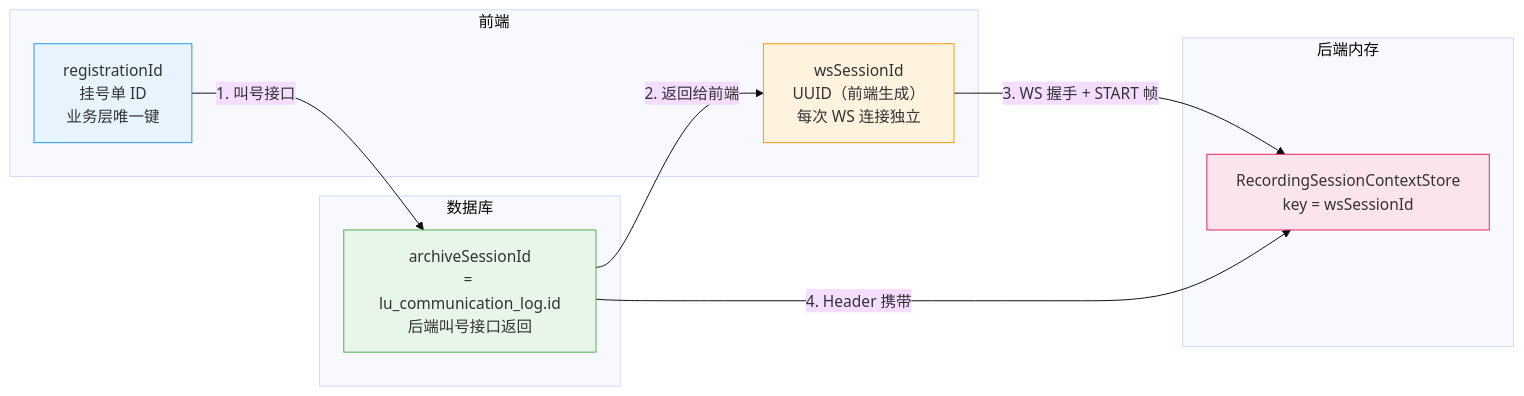
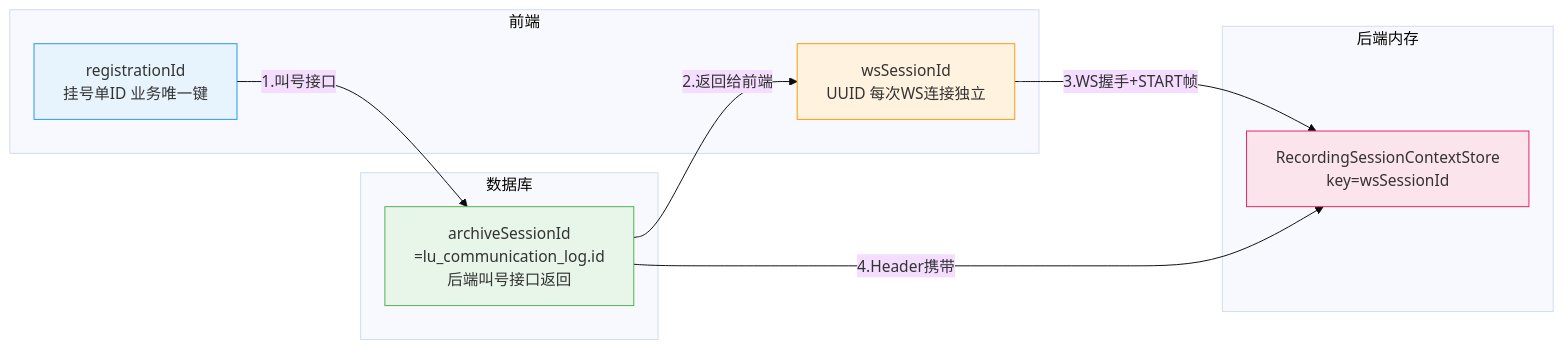
One commit to Gamehu/pictures-bed changed the second of 3 diagrams in uml/goodsop/v1.5-recording/overview.md. Above: the diagram before and after it, drawn with Mermaid (base theme). The commit also changed other lines of this file and 2 other files, not shown here.

First line of the commit message:
fix: 修复 Mermaid 架构图渲染问题

````diff
--- a/uml/goodsop/v1.5-recording/overview.md
+++ b/uml/goodsop/v1.5-recording/overview.md
@@ -70,25 +63,25 @@
 ```mermaid
 graph LR
     subgraph Frontend["前端"]
-        REG["registrationId\n挂号单 ID\n业务层唯一键"]
-        WS_ID["wsSessionId\nUUID（前端生成）\n每次 WS 连接独立"]
+        REG["registrationId\n挂号单ID 业务唯一键"]
+        WS_ID["wsSessionId\nUUID 每次WS连接独立"]
     end
 
     subgraph Backend["后端内存"]
-        CTX_STORE["RecordingSessionContextStore\nkey = wsSessionId"]
+        CTX_STORE["RecordingSessionContextStore\nkey=wsSessionId"]
     end
 
     subgraph DB["数据库"]
-        ARCHIVE["archiveSessionId\n= lu_communication_log.id\n后端叫号接口返回"]
+        ARCHIVE["archiveSessionId\n=lu_communication_log.id\n后端叫号接口返回"]
     end
 
-    REG -- "1. 叫号接口" --> ARCHIVE
-    ARCHIVE -- "2. 返回给前端" --> WS_ID
-    WS_ID -- "3. WS 握手 + START 帧" --> CTX_STORE
-    ARCHIVE -- "4. Header 携带" --> CTX_STORE
+    REG -- "1.叫号接口" --> ARCHIVE
+    ARCHIVE -- "2.返回给前端" --> WS_ID
+    WS_ID -- "3.WS握手+START帧" --> CTX_STORE
+    ARCHIVE -- "4.Header携带" --> CTX_STORE
 
     style REG fill:#e8f4fd,stroke:#2196F3
     style WS_ID fill:#fff3e0,stroke:#FF9800
     style ARCHIVE fill:#e8f5e9,stroke:#4CAF50
     style CTX_STORE fill:#fce4ec,stroke:#E91E63
 ```
````
